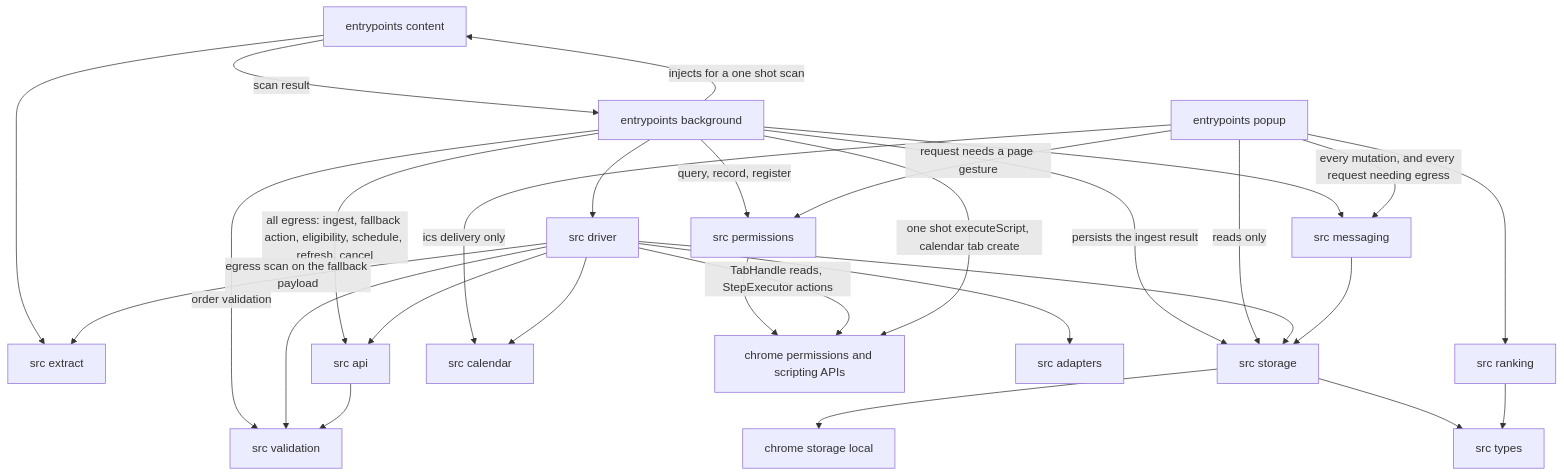
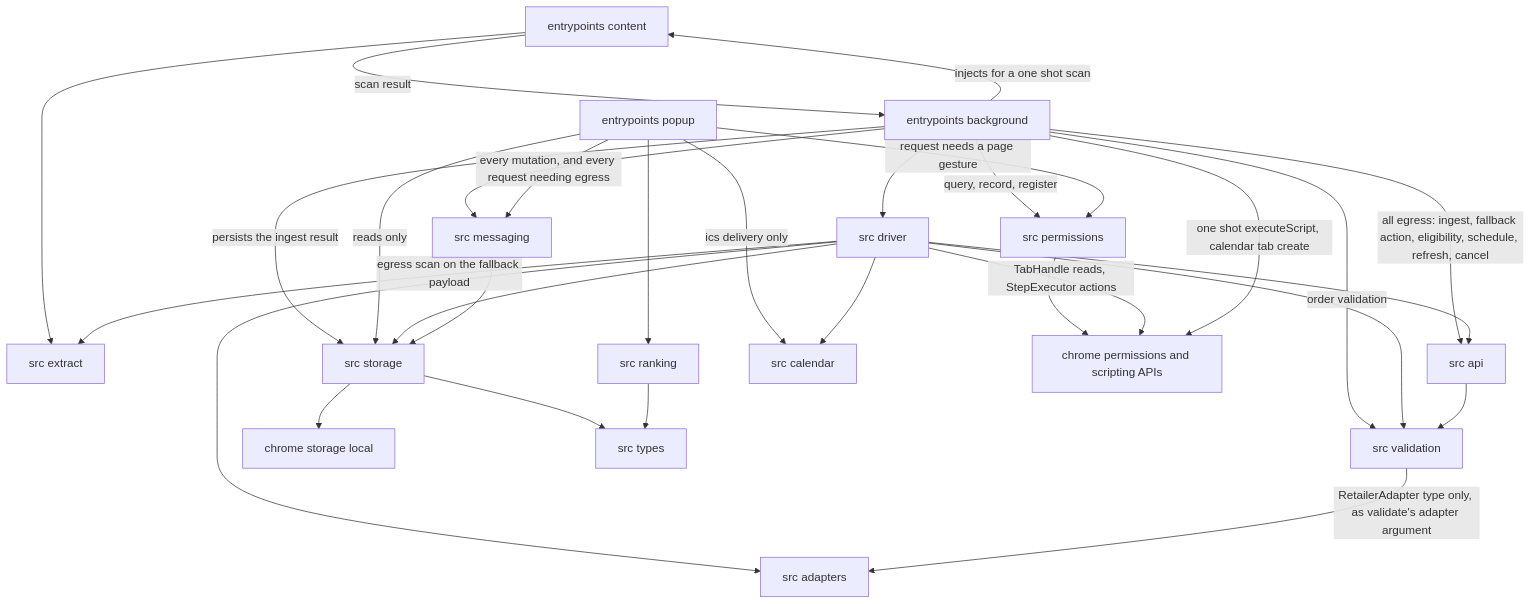
The second of 16 diagrams in design/boomerang-low-level-design.md (jacklvd/boomerang), drawn with Mermaid before and after one commit. The commit also changed other lines of this file and 22 other files, not shown here.

````diff
--- a/design/boomerang-low-level-design.md
+++ b/design/boomerang-low-level-design.md
@@ -208,31 +208,32 @@
 ```mermaid
 flowchart TD
     CS["entrypoints content"] --> EXTRACT["src extract"]
     CS -- "scan result" --> BG["entrypoints background"]
     BG -- "injects for a one shot scan" --> CS
     BG --> DRIVER["src driver"]
     BG --> MSG["src messaging"]
     BG -- "all egress: ingest, fallback action, eligibility, schedule, refresh, cancel" --> API
     BG -- "order validation" --> VALID
     BG -- "persists the ingest result" --> STORE
     BG -- "query, record, register" --> PERM["src permissions"]
     POPUP["entrypoints popup"] -- "every mutation, and every request needing egress" --> MSG
     POPUP -- "reads only" --> STORE
     POPUP -- "request needs a page gesture" --> PERM
     POPUP --> RANK["src ranking"]
     POPUP -- "ics delivery only" --> CAL["src calendar"]
     PERM --> CHROME["chrome permissions and scripting APIs"]
     DRIVER -- "TabHandle reads, StepExecutor actions" --> CHROME
     BG -- "one shot executeScript, calendar tab create" --> CHROME
     STORE --> CSTORE["chrome storage local"]
     DRIVER --> VALID["src validation"]
     DRIVER --> ADAPT["src adapters"]
     DRIVER --> API["src api"]
     DRIVER --> CAL
     DRIVER --> STORE["src storage"]
     DRIVER -- "egress scan on the fallback payload" --> EXTRACT
     MSG --> STORE
     API --> VALID
+    VALID -- "RetailerAdapter type only, as validate's adapter argument" --> ADAPT
     STORE --> TYPES["src types"]
     RANK --> TYPES
 ```
````
